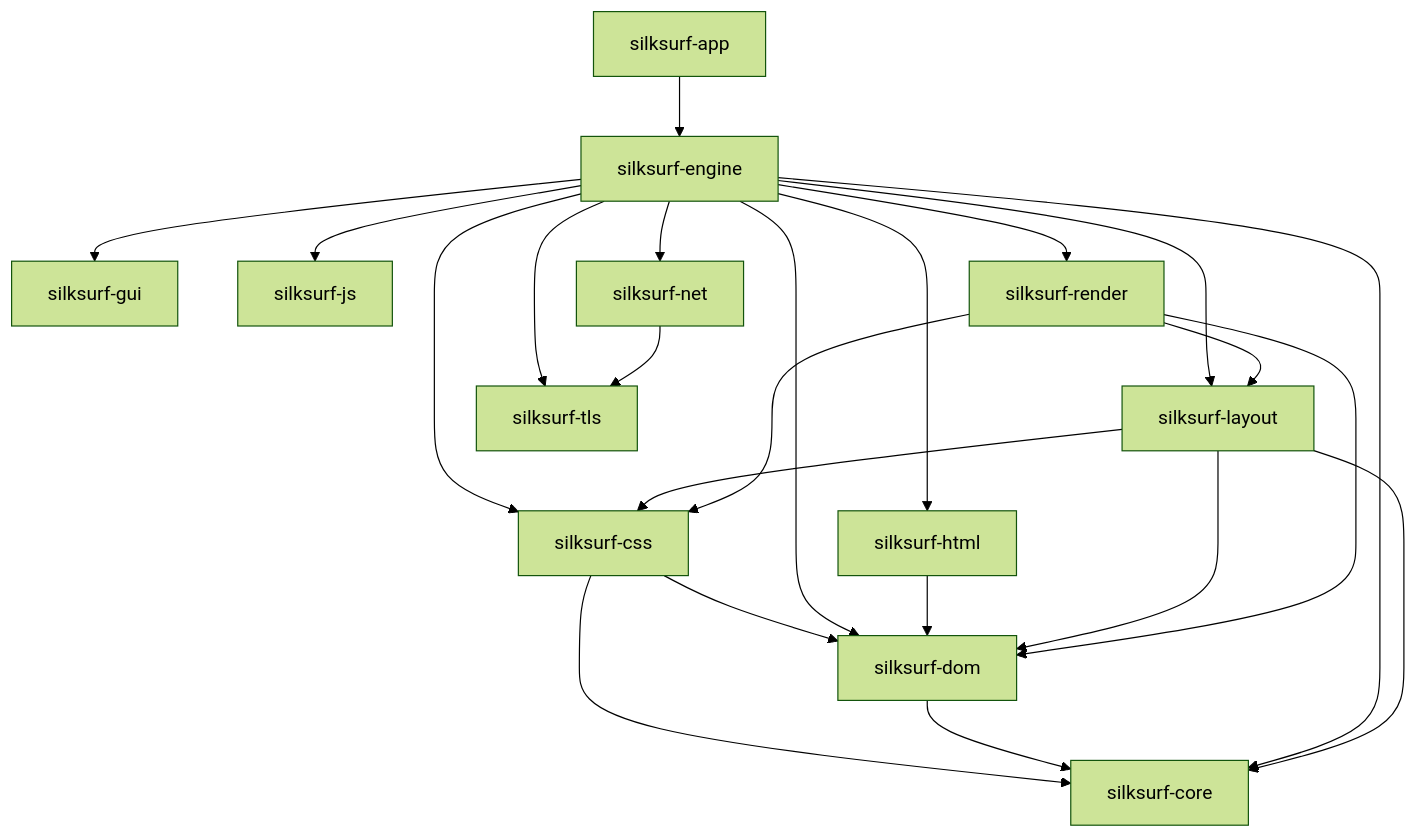
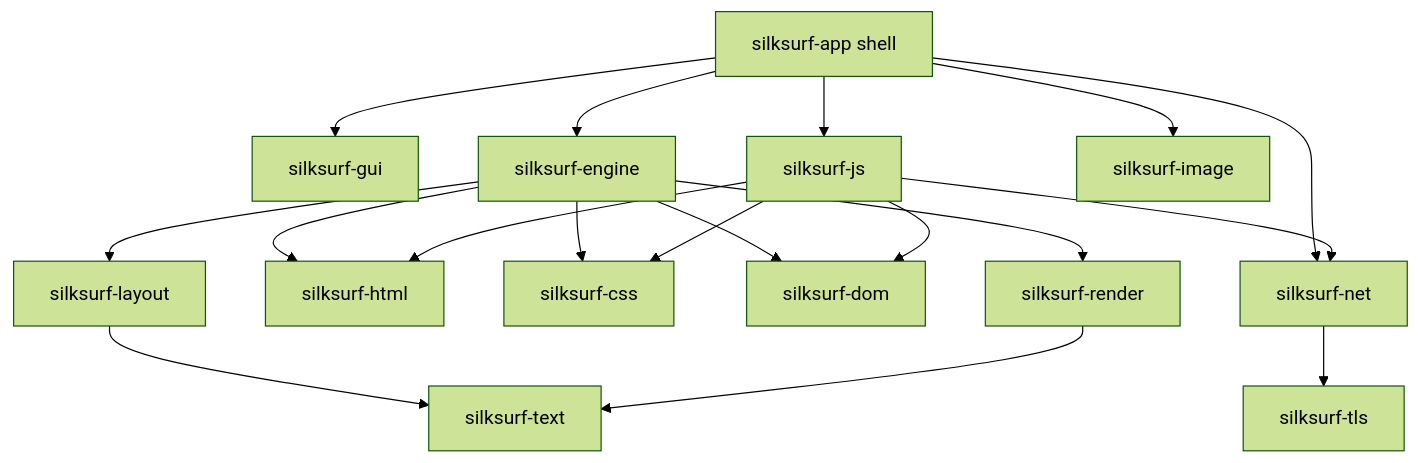
The diagram in docs/ARCHITECTURE.md (Oichkatzelesfrettschen/silksurf), drawn with Mermaid (forest theme) before and after one commit. The commit also changed other lines of this file and 9 other files, not shown here.

````diff
--- a/docs/ARCHITECTURE.md
+++ b/docs/ARCHITECTURE.md
@@ -52,25 +162,20 @@
 ```mermaid
 graph TD
-  silksurf-app --> silksurf-engine
-  silksurf-css --> silksurf-core
-  silksurf-css --> silksurf-dom
-  silksurf-dom --> silksurf-core
-  silksurf-engine --> silksurf-core
-  silksurf-engine --> silksurf-css
-  silksurf-engine --> silksurf-dom
-  silksurf-engine --> silksurf-gui
-  silksurf-engine --> silksurf-html
-  silksurf-engine --> silksurf-js
-  silksurf-engine --> silksurf-layout
-  silksurf-engine --> silksurf-net
-  silksurf-engine --> silksurf-render
-  silksurf-engine --> silksurf-tls
-  silksurf-html --> silksurf-dom
-  silksurf-layout --> silksurf-core
-  silksurf-layout --> silksurf-css
-  silksurf-layout --> silksurf-dom
-  silksurf-net --> silksurf-tls
-  silksurf-render --> silksurf-css
-  silksurf-render --> silksurf-dom
-  silksurf-render --> silksurf-layout
+  APP[silksurf-app shell] --> GUI[silksurf-gui]
+  APP --> ENGINE[silksurf-engine]
+  APP --> JS[silksurf-js]
+  APP --> NET[silksurf-net]
+  APP --> IMAGE[silksurf-image]
+  ENGINE --> HTML[silksurf-html]
+  ENGINE --> CSS[silksurf-css]
+  ENGINE --> DOM[silksurf-dom]
+  ENGINE --> LAYOUT[silksurf-layout]
+  ENGINE --> RENDER[silksurf-render]
+  LAYOUT --> TEXT[silksurf-text]
+  RENDER --> TEXT
+  NET --> TLS[silksurf-tls]
+  JS --> DOM
+  JS --> CSS
+  JS --> HTML
+  JS --> NET
 ```
````
